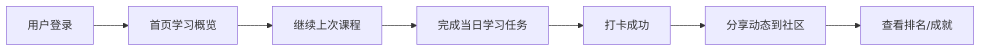
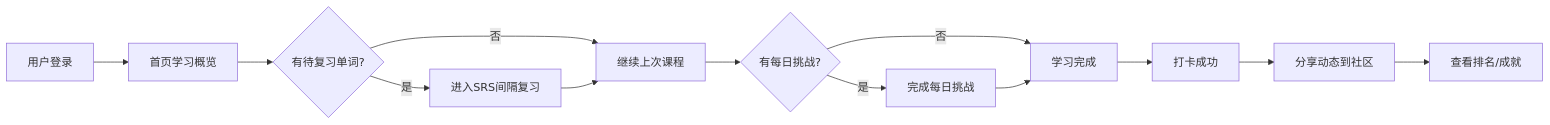
One commit to wukundaatt/language_tutor changed the second of 3 diagrams in .trae/documents/prd.md. Above: the diagram before and after it, drawn with Mermaid. The commit also changed other lines of this file and 67 other files, not shown here.

````diff
--- a/.trae/documents/prd.md
+++ b/.trae/documents/prd.md
@@ -81,9 +97,15 @@
 ```mermaid
 flowchart LR
     A["用户登录"] --> B["首页学习概览"]
-    B --> C["继续上次课程"]
-    C --> D["完成当日学习任务"]
-    D --> E["打卡成功"]
-    E --> F["分享动态到社区"]
-    F --> G["查看排名/成就"]
+    B --> C{"有待复习单词?"}
+    C -->|"是"| D["进入SRS间隔复习"]
+    C -->|"否"| E["继续上次课程"]
+    D --> E
+    E --> F{"有每日挑战?"}
+    F -->|"是"| G["完成每日挑战"]
+    F -->|"否"| H["学习完成"]
+    G --> H
+    H --> I["打卡成功"]
+    I --> J["分享动态到社区"]
+    J --> K["查看排名/成就"]
 ```
````
